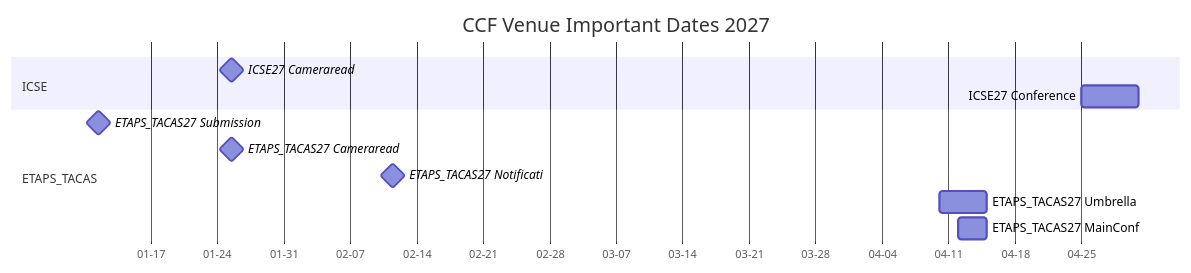
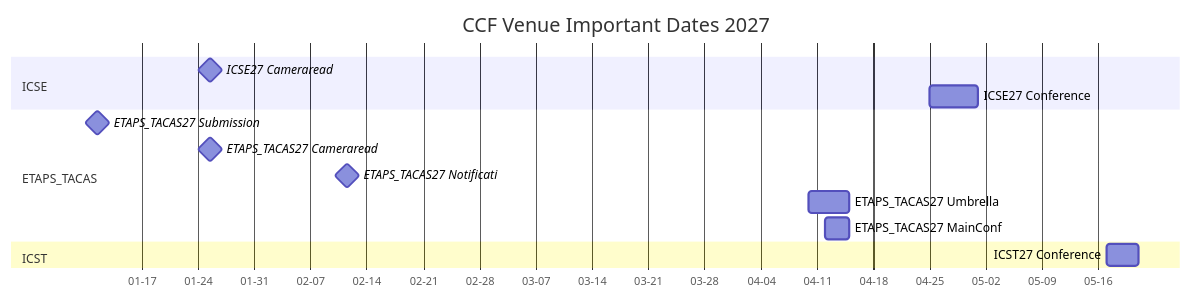
The second of 9 diagrams in ccf_venues/TIMELINE.md (HansBug/research_ideas), drawn with Mermaid before and after one commit. The commit also changed other lines of this file and 66 other files, not shown here.

````diff
--- a/ccf_venues/TIMELINE.md
+++ b/ccf_venues/TIMELINE.md
@@ -107,18 +130,21 @@
 ```mermaid
 gantt
   title CCF Venue Important Dates 2027
   dateFormat YYYY-MM-DD
   axisFormat %m-%d
 
   section ICSE
   ICSE27 Cameraread :milestone, icse2027_1_20270125, 2027-01-25, 1d
   ICSE27 Conference :icse2027_2_20270425, 2027-04-25, 2027-05-01
 
   section ETAPS_TACAS
   ETAPS_TACAS27 Submission :milestone, etaps2027_1_20270111, 2027-01-11, 1d
   ETAPS_TACAS27 Cameraread :milestone, etaps2027_2_20270125, 2027-01-25, 1d
   ETAPS_TACAS27 Notificati :milestone, etaps2027_3_20270211, 2027-02-11, 1d
   ETAPS_TACAS27 Umbrella :etaps2027_4_20270410, 2027-04-10, 2027-04-15
   ETAPS_TACAS27 MainConf :etaps2027_5_20270412, 2027-04-12, 2027-04-15
 
+  section ICST
+  ICST27 Conference :icst2027_conf, 2027-05-17, 2027-05-21
+
 ```
````
